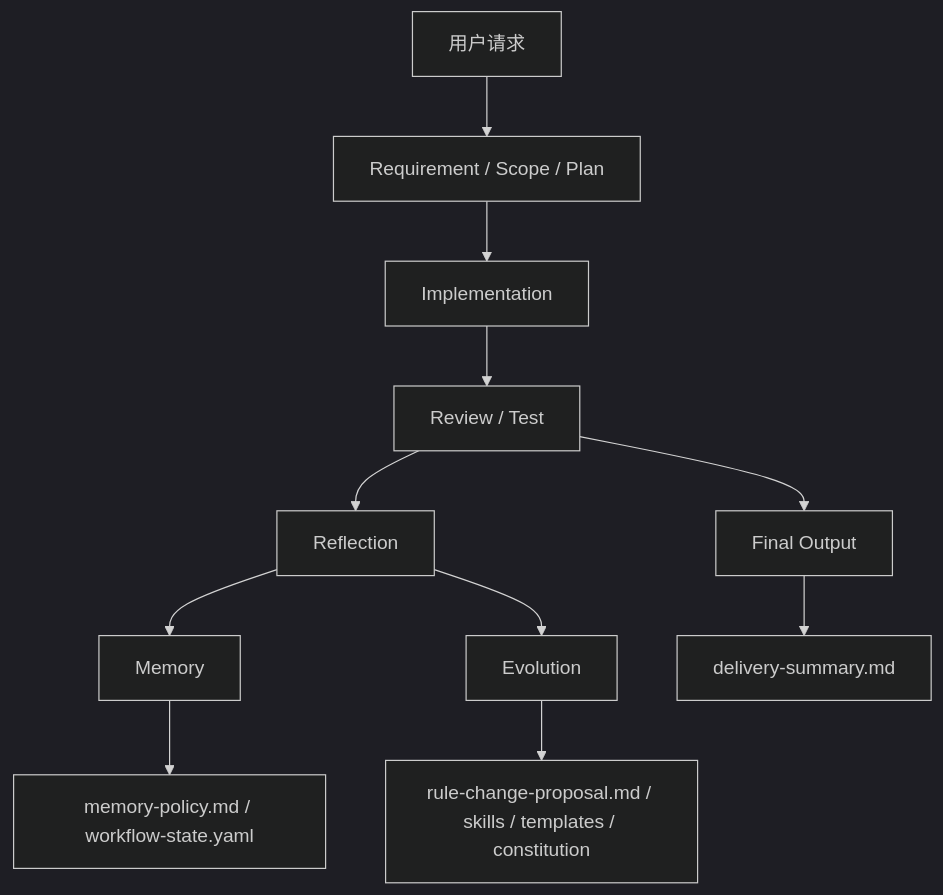
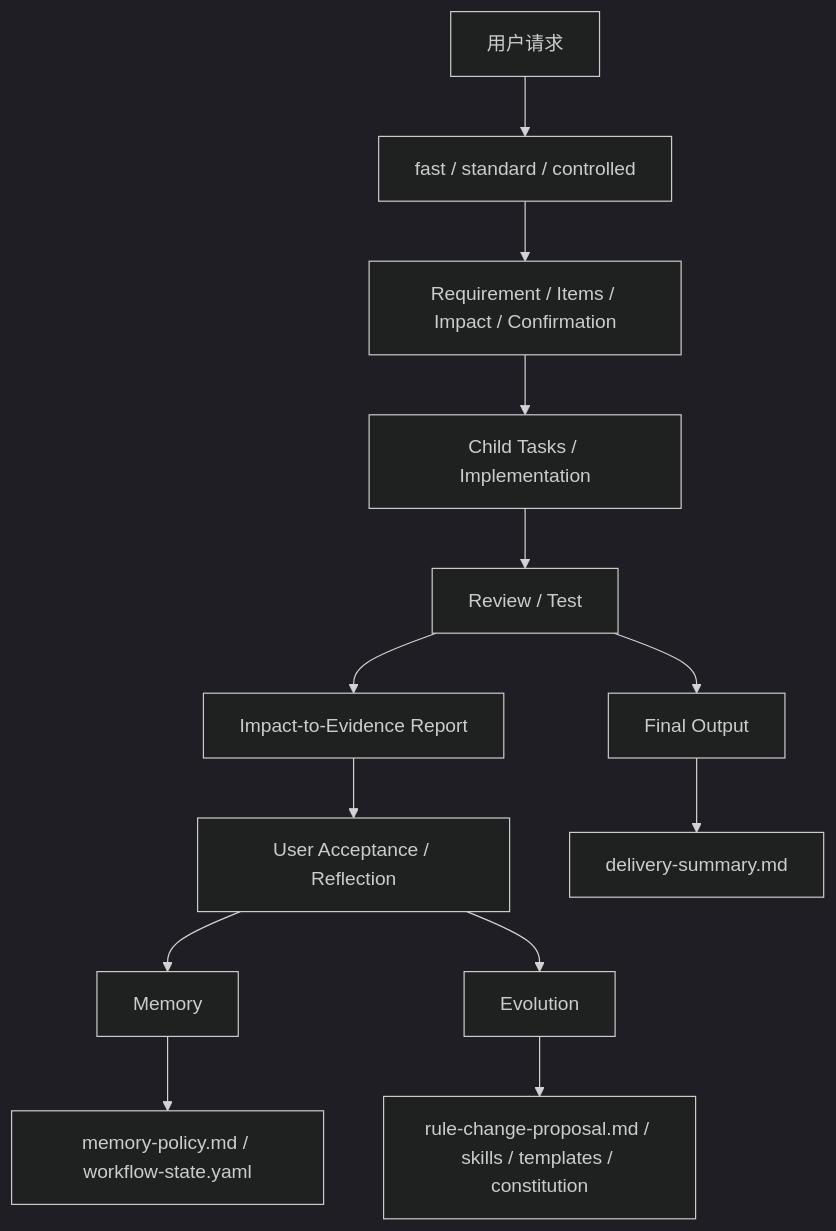
The diagram in project-engineering-workflow/assets/template-root/docs/AI能力地图.md (iizhan/workflow-skills), drawn with Mermaid (dark theme) before and after one commit. The commit also changed other lines of this file and 49 other files, not shown here.

````diff
--- a/project-engineering-workflow/assets/template-root/docs/AI能力地图.md
+++ b/project-engineering-workflow/assets/template-root/docs/AI能力地图.md
@@ -12,14 +12,16 @@
 ```mermaid
 flowchart TD
-  A["用户请求"] --> B["Requirement / Scope / Plan"]
-  B --> C["Implementation"]
+  A["用户请求"] --> A1["fast / standard / controlled"]
+  A1 --> B["Requirement / Items / Impact / Confirmation"]
+  B --> C["Child Tasks / Implementation"]
   C --> D["Review / Test"]
-  D --> E["Reflection"]
+  D --> D1["Impact-to-Evidence Report"]
+  D1 --> E["User Acceptance / Reflection"]
   E --> F["Memory"]
   E --> G["Evolution"]
   D --> H["Final Output"]
 
   F --> I["memory-policy.md / workflow-state.yaml"]
   G --> J["rule-change-proposal.md / skills / templates / constitution"]
   H --> K["delivery-summary.md"]
 ```
````
